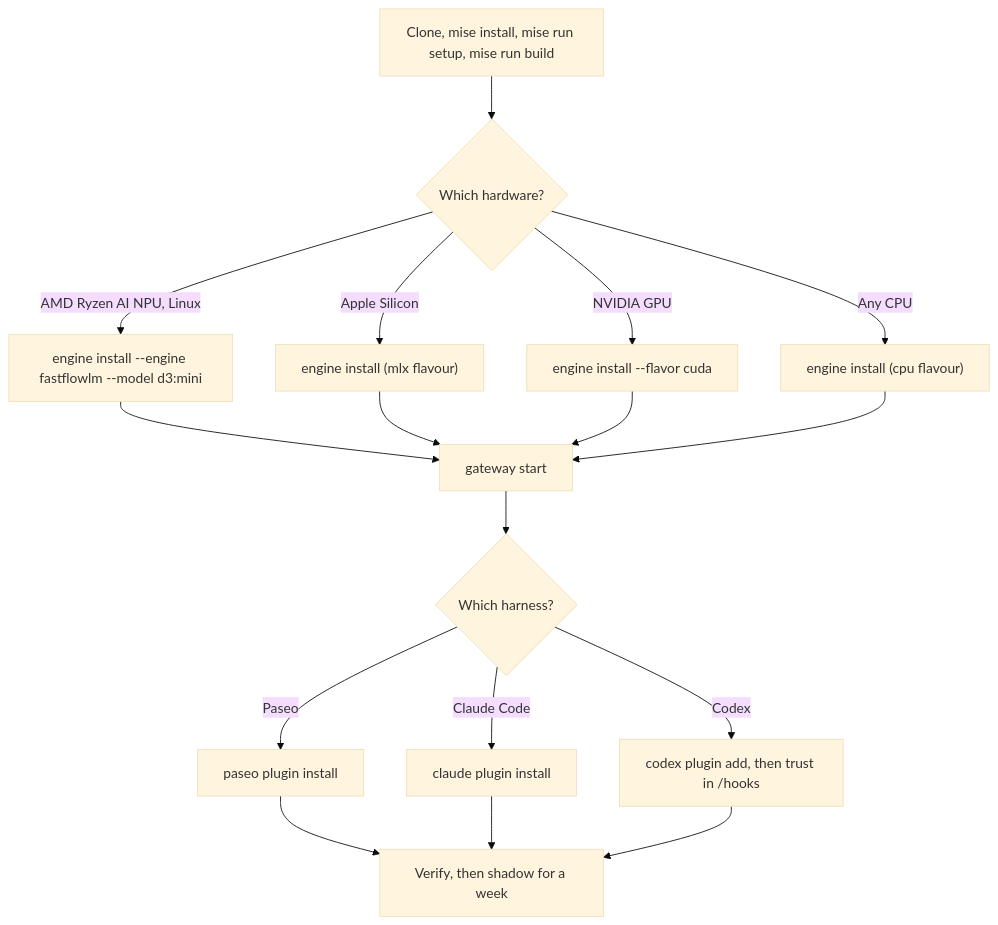
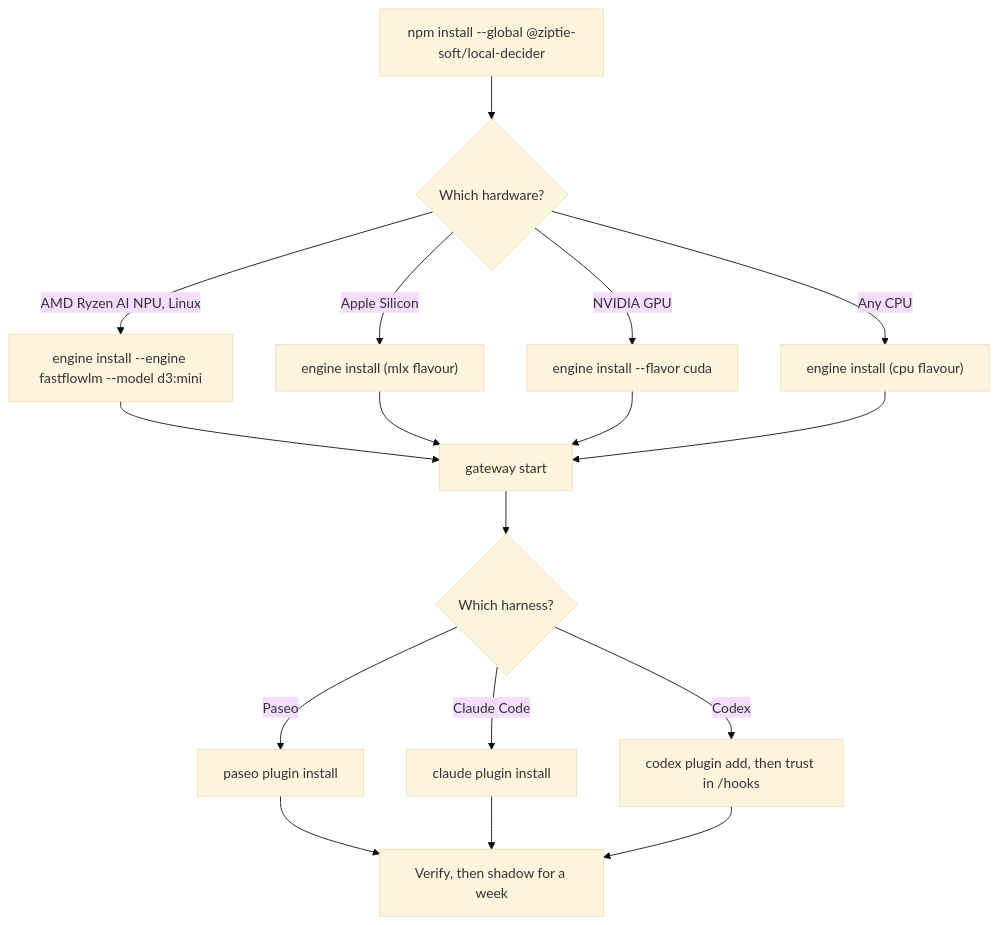
One commit to SkeLLLa/local-decider changed the diagram in docs/install.md. Above: the diagram before and after it, drawn with Mermaid (base theme). The commit also changed other lines of this file and 107 other files, not shown here.

````diff
--- a/docs/install.md
+++ b/docs/install.md
@@ -7,19 +7,19 @@
 ```mermaid
 flowchart TD
-  S["Clone, mise install, mise run setup, mise run build"] --> Q1{"Which hardware?"}
+  S["npm install --global @ziptie-soft/local-decider"] --> Q1{"Which hardware?"}
   Q1 -->|"AMD Ryzen AI NPU, Linux"| F["engine install --engine fastflowlm --model d3:mini"]
   Q1 -->|"Apple Silicon"| M["engine install (mlx flavour)"]
   Q1 -->|"NVIDIA GPU"| C["engine install --flavor cuda"]
   Q1 -->|"Any CPU"| P["engine install (cpu flavour)"]
   F --> G["gateway start"]
   M --> G
   C --> G
   P --> G
   G --> Q2{"Which harness?"}
   Q2 -->|Paseo| PA["paseo plugin install"]
   Q2 -->|"Claude Code"| CC["claude plugin install"]
   Q2 -->|Codex| CX["codex plugin add, then trust in /hooks"]
   PA --> V["Verify, then shadow for a week"]
   CC --> V
   CX --> V
 ```
````
